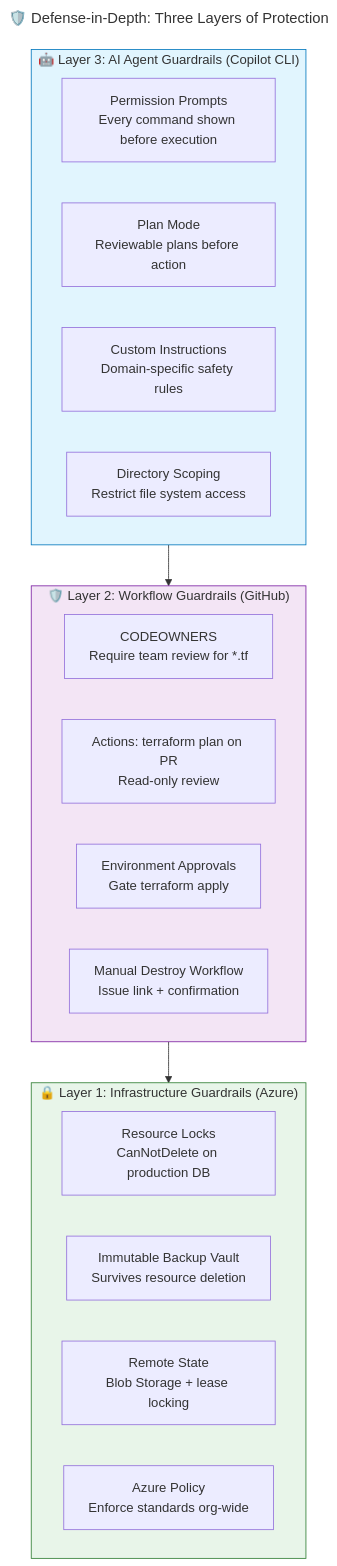
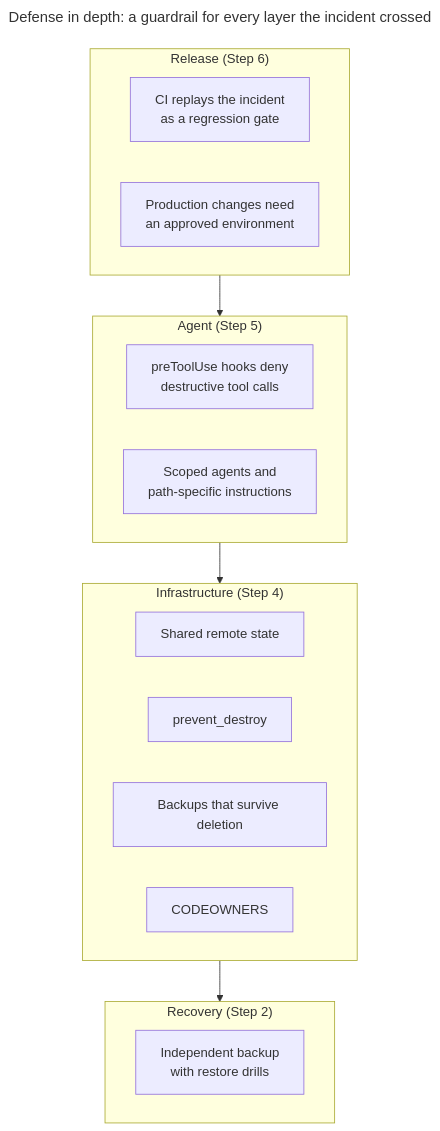
One commit to ragmha/prod-db-incident-sim changed the diagram in docs/diagrams/defense-in-depth.mmd. Above: the diagram before and after it, drawn with Mermaid. The commit also changed 117 other files, not shown here.

```diff
--- a/docs/diagrams/defense-in-depth.mmd
+++ b/docs/diagrams/defense-in-depth.mmd
@@ -1,30 +1,22 @@
 ---
-title: "🛡️ Defense-in-Depth: Three Layers of Protection"
+title: "Defense in depth: a guardrail for every layer the incident crossed"
 ---
 graph TB
-    subgraph Layer3["🤖 Layer 3: AI Agent Guardrails (Copilot CLI)"]
-        C1[Permission Prompts<br/>Every command shown before execution]
-        C2[Plan Mode<br/>Reviewable plans before action]
-        C3[Custom Instructions<br/>Domain-specific safety rules]
-        C4[Directory Scoping<br/>Restrict file system access]
+    subgraph Release["Release (Step 6)"]
+        R1[CI replays the incident<br/>as a regression gate]
+        R2[Production changes need<br/>an approved environment]
     end
-
-    subgraph Layer2["🛡️ Layer 2: Workflow Guardrails (GitHub)"]
-        G1[CODEOWNERS<br/>Require team review for *.tf]
-        G2[Actions: terraform plan on PR<br/>Read-only review]
-        G3[Environment Approvals<br/>Gate terraform apply]
-        G4[Manual Destroy Workflow<br/>Issue link + confirmation]
+    subgraph Agent["Agent (Step 5)"]
+        A1[preToolUse hooks deny<br/>destructive tool calls]
+        A2[Scoped agents and<br/>path-specific instructions]
     end
-
-    subgraph Layer1["🔒 Layer 1: Infrastructure Guardrails (Azure)"]
-        A1[Resource Locks<br/>CanNotDelete on production DB]
-        A2[Immutable Backup Vault<br/>Survives resource deletion]
-        A3[Remote State<br/>Blob Storage + lease locking]
-        A4[Azure Policy<br/>Enforce standards org-wide]
+    subgraph Infra["Infrastructure (Step 4)"]
+        I1[Shared remote state]
+        I2[prevent_destroy]
+        I3[Backups that survive deletion]
+        I4[CODEOWNERS]
     end
-
-    Layer3 --> Layer2 --> Layer1
-
-    style Layer3 fill:#e1f5fe,stroke:#0277bd
-    style Layer2 fill:#f3e5f5,stroke:#7b1fa2
-    style Layer1 fill:#e8f5e9,stroke:#2e7d32
+    subgraph Recovery["Recovery (Step 2)"]
+        B1[Independent backup<br/>with restore drills]
+    end
+    Release --> Agent --> Infra --> Recovery
```
